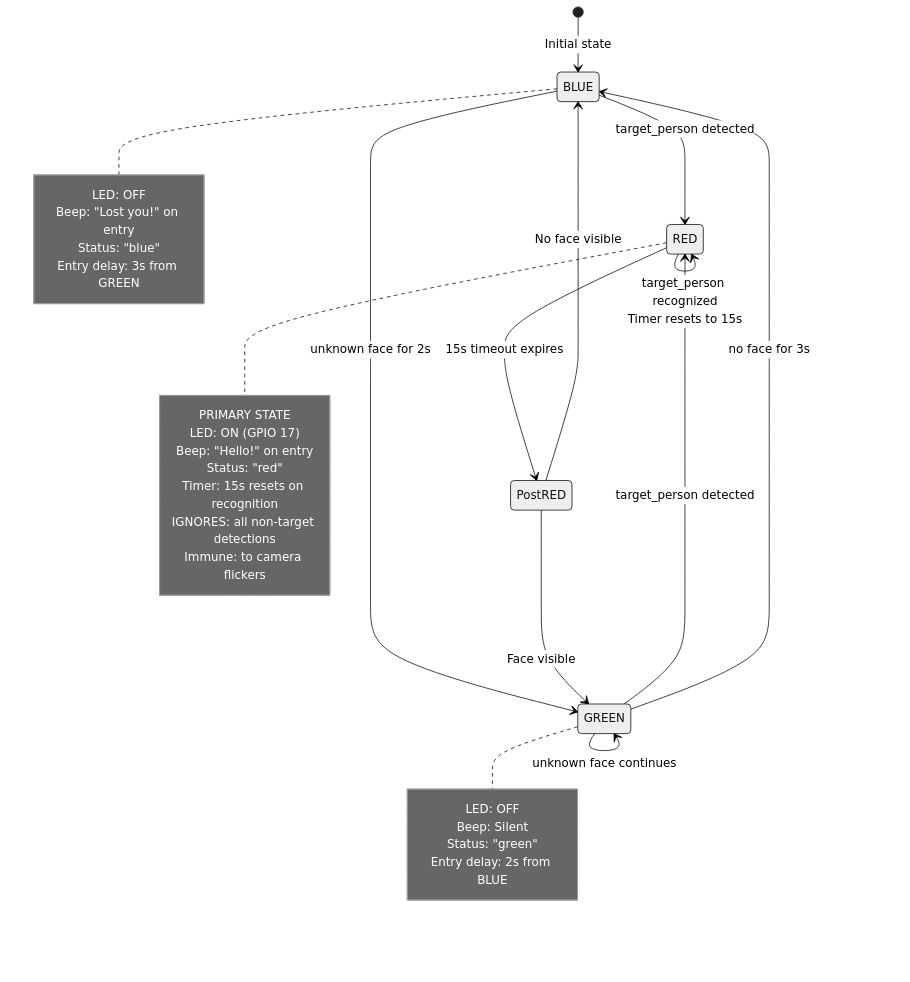
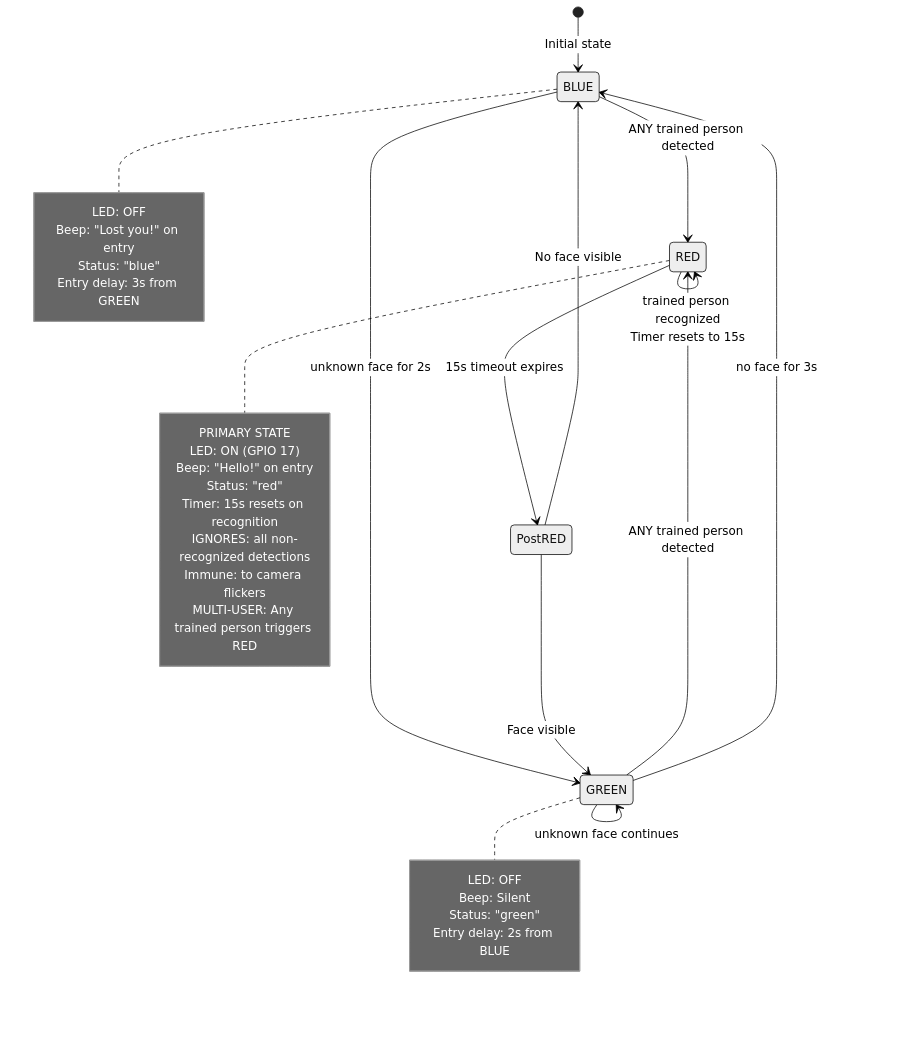
Before and after one commit to severinleuenberger/R2D2-as-real-AI-companion: the second of 8 diagrams in 007_SYSTEM_INTEGRATION_REFERENCE.md, drawn with Mermaid (neutral theme). The commit also changed other lines of this file and 8 other files, not shown here.

First line of the commit message:
feat(multi-user): Allow any trained person to use gestures and trigger RED status

````diff
--- a/007_SYSTEM_INTEGRATION_REFERENCE.md
+++ b/007_SYSTEM_INTEGRATION_REFERENCE.md
@@ -121,42 +126,43 @@
 ```mermaid
 stateDiagram-v2
     [*] --> BLUE: Initial state
     
-    BLUE --> RED: target_person detected
+    BLUE --> RED: ANY trained person detected
     BLUE --> GREEN: unknown face for 2s
     
-    RED --> RED: target_person recognized<br/>Timer resets to 15s
+    RED --> RED: trained person recognized<br/>Timer resets to 15s
     RED --> PostRED: 15s timeout expires
     
     state PostRED <<choice>>
     PostRED --> GREEN: Face visible
     PostRED --> BLUE: No face visible
     
-    GREEN --> RED: target_person detected
+    GREEN --> RED: ANY trained person detected
     GREEN --> BLUE: no face for 3s
     GREEN --> GREEN: unknown face continues
     
     note right of RED
         PRIMARY STATE
         LED: ON (GPIO 17)
         Beep: "Hello!" on entry
         Status: "red"
         Timer: 15s resets on recognition
-        IGNORES: all non-target detections
+        IGNORES: all non-recognized detections
         Immune: to camera flickers
+        MULTI-USER: Any trained person triggers RED
     end note
     
     note right of BLUE
         LED: OFF
         Beep: "Lost you!" on entry
         Status: "blue"
         Entry delay: 3s from GREEN
     end note
     
     note right of GREEN
         LED: OFF
         Beep: Silent
         Status: "green"
         Entry delay: 2s from BLUE
     end note
 ```
````
